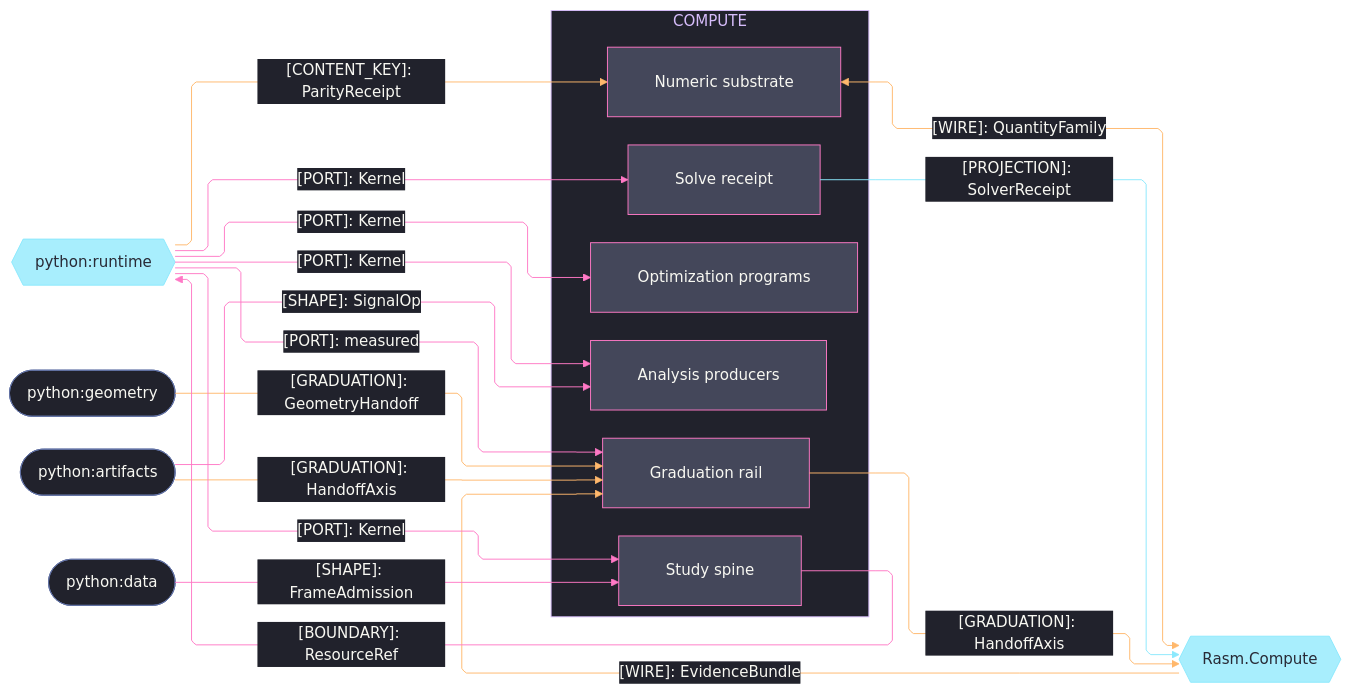
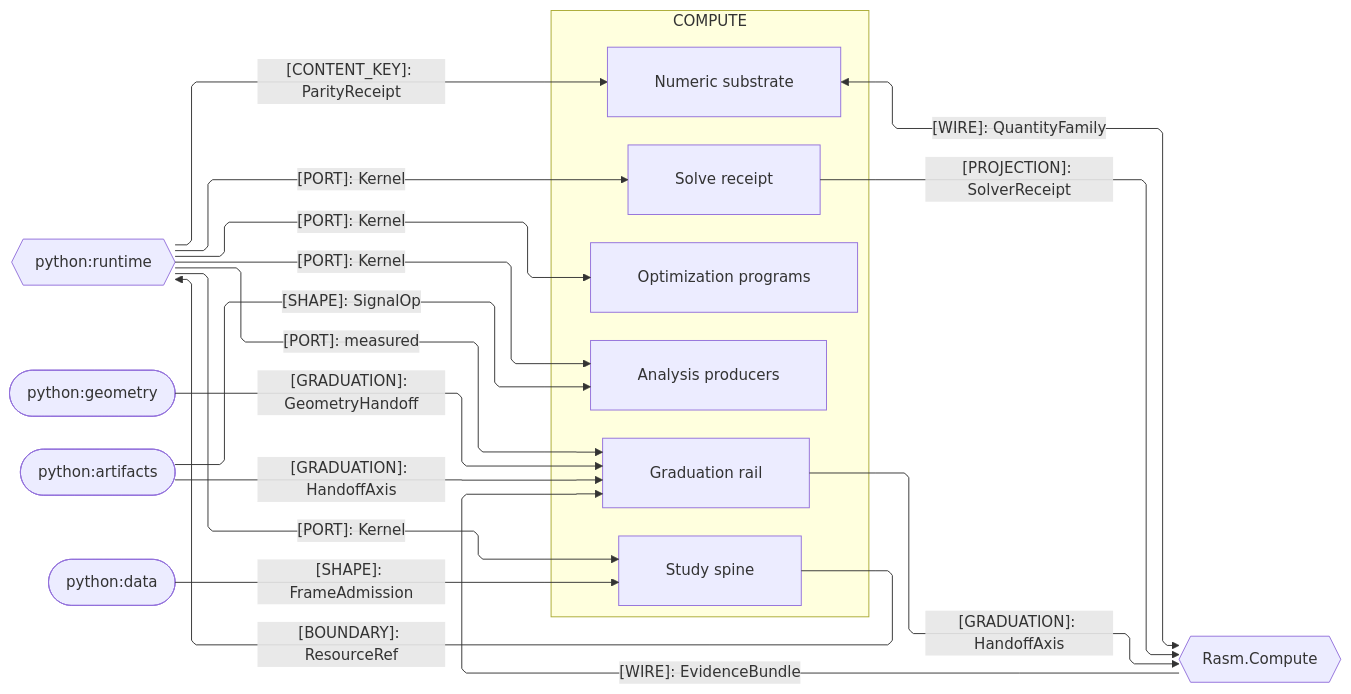
The first of 3 diagrams in libs/python/compute/ARCHITECTURE.md (bsamiee/Rasm), drawn with Mermaid before and after one commit. The commit also changed other lines of this file and 460 other files, not shown here.

````diff
--- a/libs/python/compute/ARCHITECTURE.md
+++ b/libs/python/compute/ARCHITECTURE.md
@@ -45,71 +45,40 @@
 ```mermaid
 ---
 config:
-  theme: base
-  look: classic
   layout: elk
   flowchart:
     curve: linear
     padding: 25
-  themeVariables:
-    darkMode: true
-    fontFamily: "SF Mono, Menlo, Cascadia Mono, Segoe UI Mono, Consolas, monospace"
-    useGradient: false
-    dropShadow: "none"
-    background: "#282A36"
-    primaryColor: "#44475A"
-    primaryTextColor: "#F8F8F2"
-    primaryBorderColor: "#BD93F9"
-    lineColor: "#FF79C6"
-    textColor: "#F8F8F2"
-    clusterBkg: "#21222C"
-    clusterBorder: "#D6BCFA"
-    edgeLabelBackground: "#21222C"
-    labelBackgroundColor: "#21222C"
-    titleColor: "#D6BCFA"
-  themeCSS: ".nodeLabel{font-size:13px;font-weight:500}.edgeLabel{font-size:12px;font-weight:500}.cluster-label .nodeLabel{font-size:13.5px;font-weight:700;letter-spacing:.08em}.edge-thickness-normal{stroke-width:2px}.edge-thickness-thick{stroke-width:3px}.edge-pattern-dashed,.edge-pattern-dotted{stroke-width:1.5px;stroke-dasharray:4 6}.node rect,.node circle,.node polygon,.node path,.node .outer-path{stroke-width:1.5px;filter:none!important}.cluster rect{stroke-width:1px!important;stroke-dasharray:5 4!important;filter:none!important}.marker path{transform:scale(.8);transform-origin:5px 5px}.marker circle{transform:scale(.48);transform-origin:5px 5px}.edgeLabel rect{transform-box:fill-box;transform-origin:center;transform:scale(1.1,1.2)}"
 ---
 flowchart LR
     accTitle: Compute package seam registry
     accDescr: Compute sub-domain owners exchanging graduation evidence, quantities, content keys, frame shapes, and the runtime Kernel port with Rasm.Compute and the Python geometry, artifacts, runtime, and data peers, edge rails colored by kind and nodes classed by seam direction.
     subgraph compute[COMPUTE]
         Graduation[Graduation rail]
         Solvers[Solve receipt]
         Numerics[Numeric substrate]
         Experiments[Study spine]
         Analysis[Analysis producers]
         Optimization[Optimization programs]
     end
     Compute{{Rasm.Compute}}
     Runtime{{python:runtime}}
     Geometry([python:geometry])
     Artifacts([python:artifacts])
     Data([python:data])
     Graduation e1@-->|"[GRADUATION]: HandoffAxis"| Compute
     Compute e2@-->|"[WIRE]: EvidenceBundle"| Graduation
     Solvers e3@-->|"[PROJECTION]: SolverReceipt"| Compute
     Numerics e4@<-->|"[WIRE]: QuantityFamily"| Compute
     Geometry e5@-->|"[GRADUATION]: GeometryHandoff"| Graduation
     Artifacts e6@-->|"[GRADUATION]: HandoffAxis"| Graduation
     Artifacts e7@-->|"[SHAPE]: SignalOp"| Analysis
     Runtime e8@-->|"[CONTENT_KEY]: ParityReceipt"| Numerics
     Experiments e9@-->|"[BOUNDARY]: ResourceRef"| Runtime
     Data e10@-->|"[SHAPE]: FrameAdmission"| Experiments
     Runtime e11@-->|"[PORT]: Kernel"| Solvers
     Runtime e12@-->|"[PORT]: measured"| Graduation
     Runtime e13@-->|"[PORT]: Kernel"| Experiments
     Runtime e14@-->|"[PORT]: Kernel"| Analysis
     Runtime e15@-->|"[PORT]: Kernel"| Optimization
-    classDef primary fill:#44475A,stroke:#FF79C6,color:#F8F8F2
-    classDef external fill:#8BE9FDBF,stroke:#8BE9FD,color:#282A36
-    classDef recessed fill:#21222C,stroke:#6272A4,color:#F8F8F2
-    classDef edgeData stroke:#FFB86C,color:#F8F8F2
-    classDef edgeExternal stroke:#8BE9FD,color:#F8F8F2
-    classDef edgeControl stroke:#FF79C6,color:#F8F8F2
-    class Graduation,Solvers,Numerics,Experiments,Analysis,Optimization primary
-    class Compute,Runtime external
-    class Geometry,Artifacts,Data recessed
-    class e1,e2,e4,e5,e6,e8 edgeData
-    class e3 edgeExternal
-    class e7,e9,e10,e11,e12,e13,e14,e15 edgeControl
 ```
````
